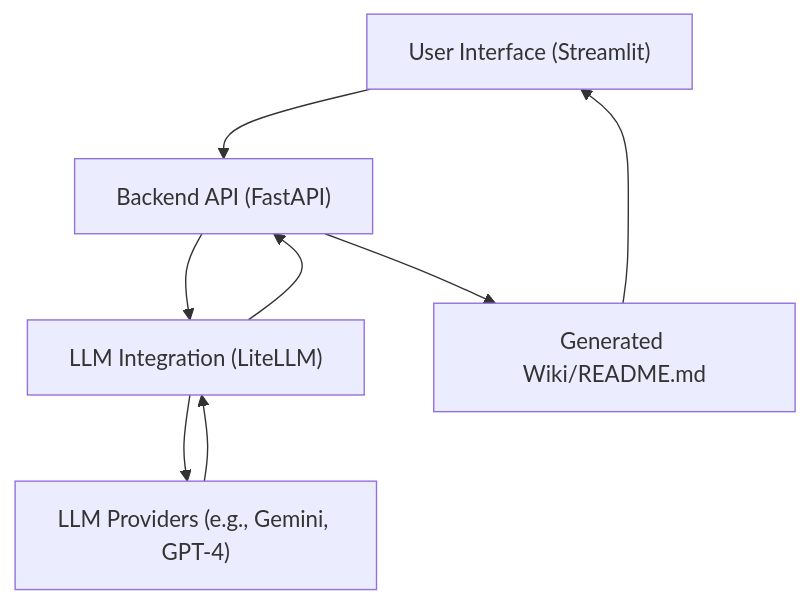
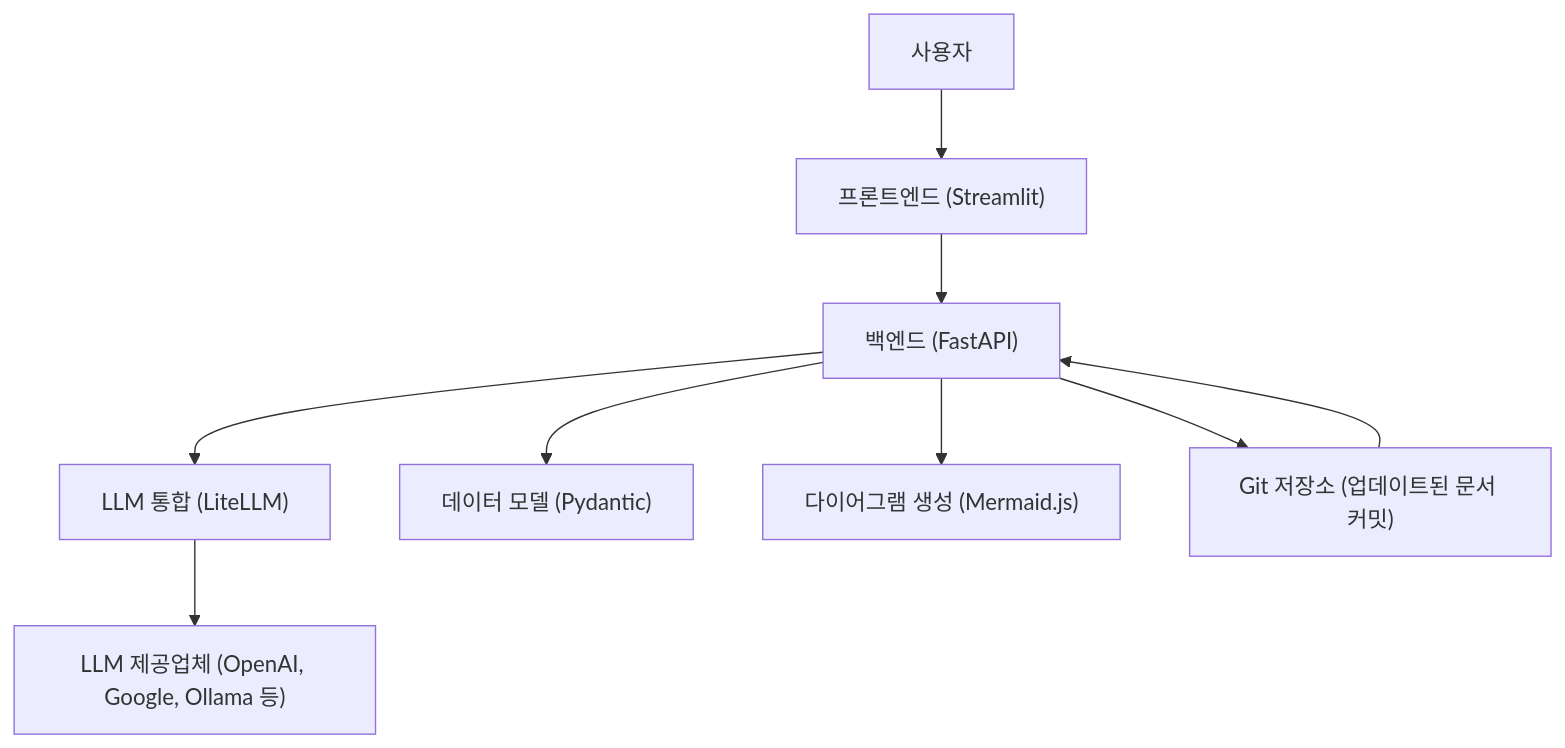
One commit to catuscio/wiki-as-readme changed the second of 21 diagrams in examples/wiki_as_README.md. Above: the diagram before and after it, drawn with Mermaid. The commit also changed other lines of this file, not shown here.

Commit message:
docs: ✨Update examples/wiki_as_README.md via Wiki-As-Readme Action

````diff
--- a/examples/wiki_as_README.md
+++ b/examples/wiki_as_README.md
@@ -318,10 +125,11 @@
 ```mermaid
 graph TD
-    A["User Interface (Streamlit)"] --> B["Backend API (FastAPI)"];
-    B --> C["LLM Integration (LiteLLM)"];
-    C --> D["LLM Providers (e.g., Gemini, GPT-4)"];
-    D --> C;
-    C --> B;
-    B --> E["Generated Wiki/README.md"];
-    E --> A;
+    A["사용자"] --> B["프론트엔드 (Streamlit)"]
+    B --> C["백엔드 (FastAPI)"]
+    C --> D["LLM 통합 (LiteLLM)"]
+    D --> E["LLM 제공업체 (OpenAI, Google, Ollama 등)"]
+    C --> F["데이터 모델 (Pydantic)"]
+    C --> G["다이어그램 생성 (Mermaid.js)"]
+    H["Git 저장소 (GitHub, GitLab 등)"] --> C
+    C --> H["Git 저장소 (업데이트된 문서 커밋)"]
 ```
````
